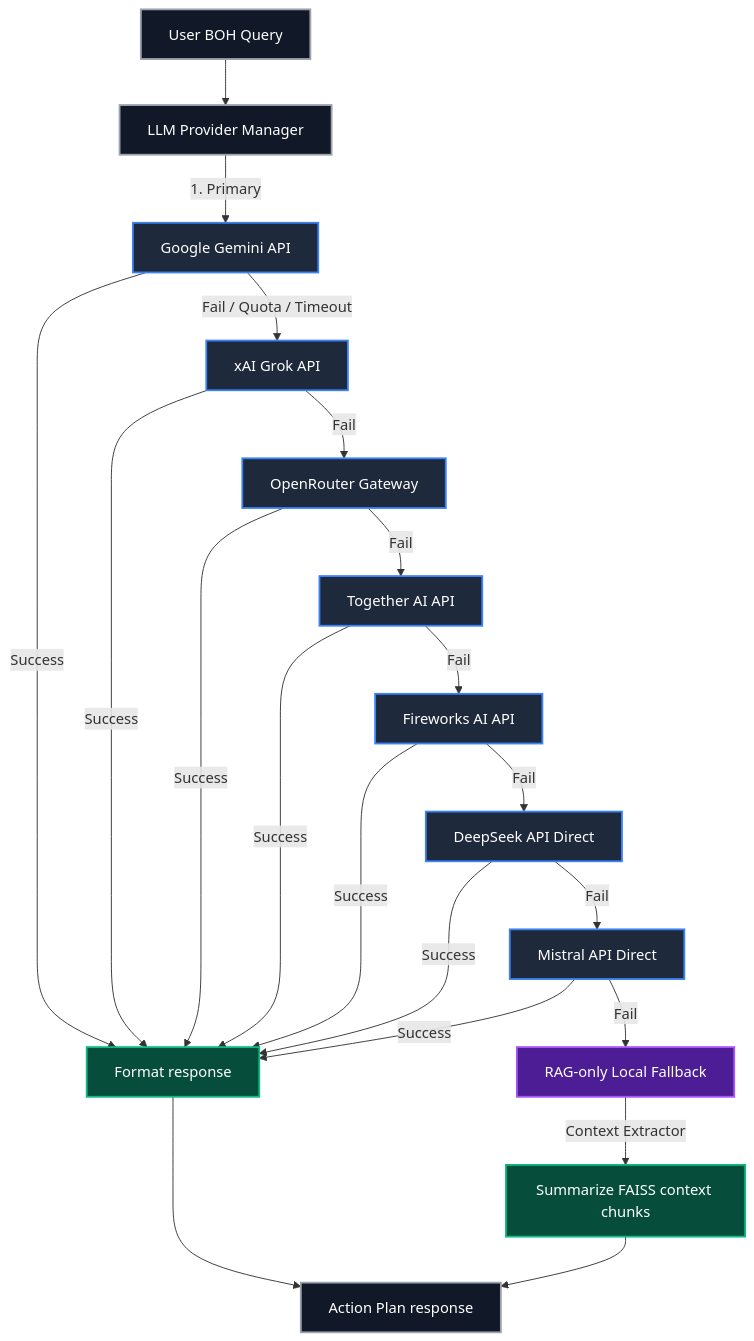
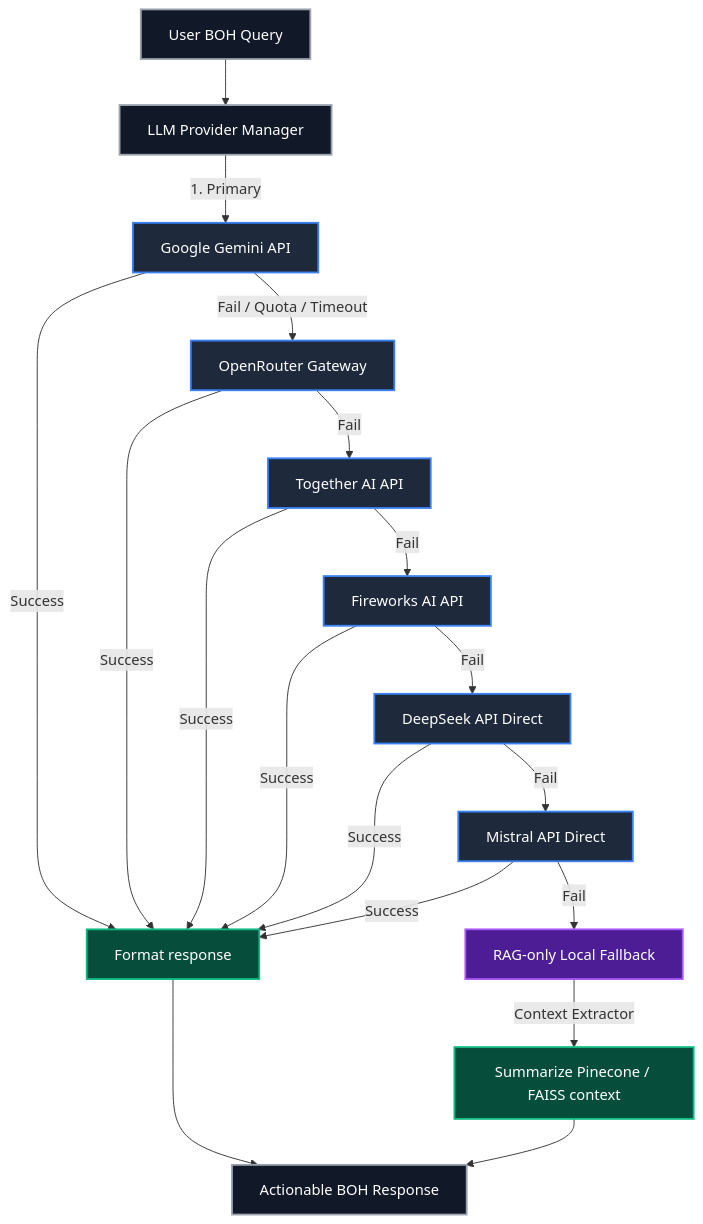
The second of 2 diagrams in ai-service/README.md (codenchaoss/pantrypulse), drawn with Mermaid before and after one commit. The commit also changed other lines of this file and 2 other files, not shown here.

````diff
--- a/ai-service/README.md
+++ b/ai-service/README.md
@@ -178,34 +81,31 @@
 ```mermaid
 graph TD
     classDef ai fill:#1e293b,stroke:#3b82f6,stroke-width:2px,color:#ffffff;
     classDef workflow fill:#064e3b,stroke:#10b981,stroke-width:2px,color:#ffffff;
     classDef output fill:#4c1d95,stroke:#a855f7,stroke-width:2px,color:#ffffff;
     classDef default fill:#111827,stroke:#9ca3af,stroke-width:2px,color:#ffffff;
 
     User[User BOH Query]:::default --> Router[LLM Provider Manager]:::default
     
     Router -->|1. Primary| P1[Google Gemini API]:::ai
     P1 -->|Success| R1[Format response]:::workflow
-    P1 -->|Fail / Quota / Timeout| P2[xAI Grok API]:::ai
+    P1 -->|Fail / Quota / Timeout| P2[OpenRouter Gateway]:::ai
     
     P2 -->|Success| R1
-    P2 -->|Fail| P3[OpenRouter Gateway]:::ai
+    P2 -->|Fail| P3[Together AI API]:::ai
     
     P3 -->|Success| R1
-    P3 -->|Fail| P4[Together AI API]:::ai
+    P3 -->|Fail| P4[Fireworks AI API]:::ai
     
     P4 -->|Success| R1
-    P4 -->|Fail| P5[Fireworks AI API]:::ai
+    P4 -->|Fail| P5[DeepSeek API Direct]:::ai
     
     P5 -->|Success| R1
-    P5 -->|Fail| P6[DeepSeek API Direct]:::ai
+    P5 -->|Fail| P6[Mistral API Direct]:::ai
     
     P6 -->|Success| R1
-    P6 -->|Fail| P7[Mistral API Direct]:::ai
+    P6 -->|Fail| P7[RAG-only Local Fallback]:::output
     
-    P7 -->|Success| R1
-    P7 -->|Fail| P8[RAG-only Local Fallback]:::output
-    
-    P8 -->|Context Extractor| R2[Summarize FAISS context chunks]:::workflow
-    R1 & R2 --> Output[Action Plan response]:::default
+    P7 -->|Context Extractor| R2[Summarize Pinecone / FAISS context]:::workflow
+    R1 & R2 --> Output[Actionable BOH Response]:::default
 ```
````
